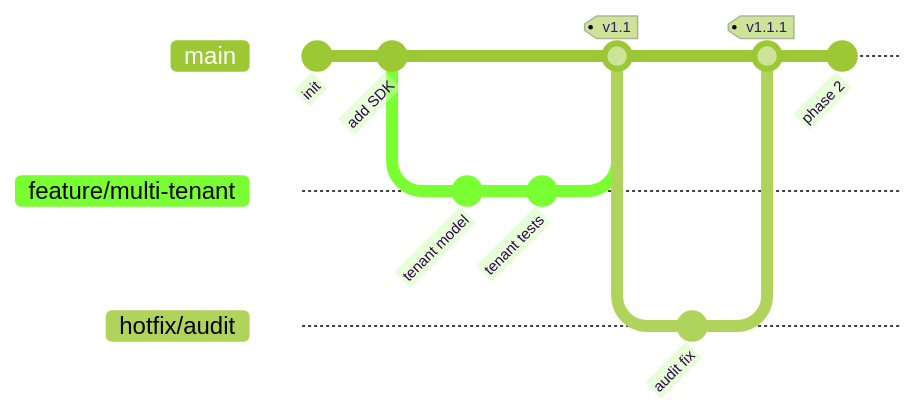
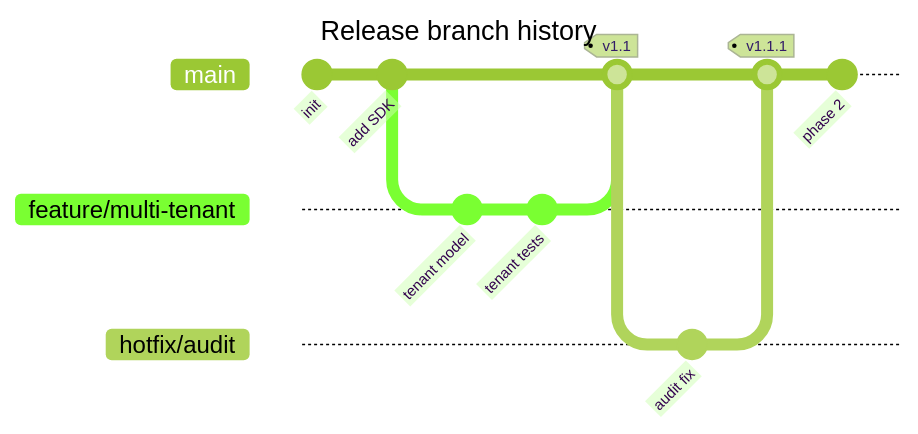
Diagram 11 of 25 in examples/mermaid-gallery.md (SlideWright/lattice), drawn with Mermaid (forest theme) before and after one commit. The commit also changed other lines of this file and 19 other files, not shown here.

````diff
--- a/examples/mermaid-gallery.md
+++ b/examples/mermaid-gallery.md
@@ -317,16 +335,19 @@
 ```mermaid
+---
+title: Release branch history
+---
 gitGraph
   commit id: "init"
   commit id: "add SDK"
   branch feature/multi-tenant
   checkout feature/multi-tenant
   commit id: "tenant model"
   commit id: "tenant tests"
   checkout main
   merge feature/multi-tenant tag: "v1.1"
   branch hotfix/audit
   commit id: "audit fix"
   checkout main
   merge hotfix/audit tag: "v1.1.1"
   commit id: "phase 2"
 ```
````
